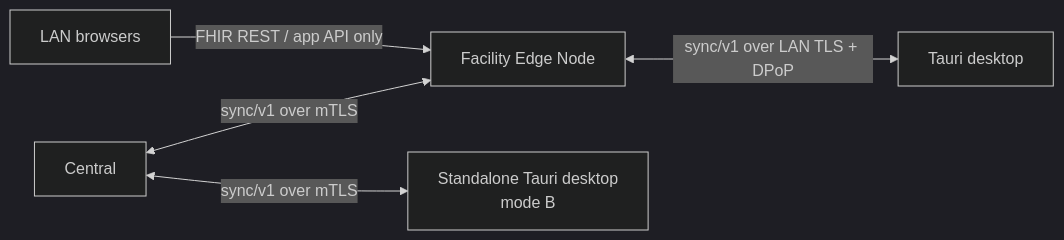
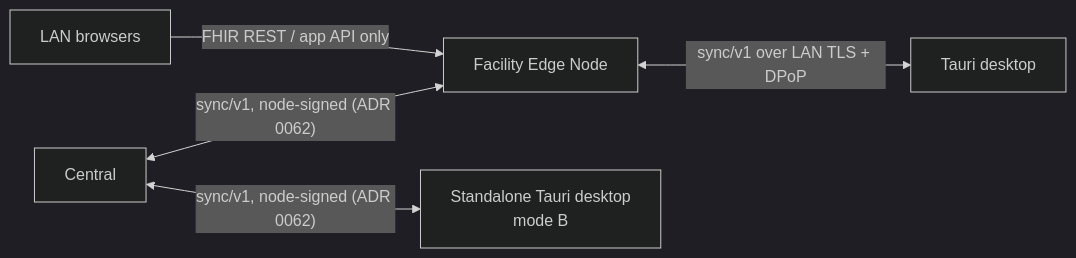
Before and after one commit to carapai/people-centered-healthcare: the first of 3 diagrams in docs/architecture/synchronization.md, drawn with Mermaid (dark theme). The commit also changed other lines of this file and 34 other files, not shown here.

First line of the commit message:
feat(sync): /sync/v1 at central and the edge's sync task, node-signed requests (ADR 0062, #81) (#366)

````diff
--- a/docs/architecture/synchronization.md
+++ b/docs/architecture/synchronization.md
@@ -11,7 +11,7 @@
 ```mermaid
 flowchart LR
-  C[Central] <-- "sync/v1 over mTLS" --> E[Facility Edge Node]
+  C[Central] <-- "sync/v1, node-signed (ADR 0062)" --> E[Facility Edge Node]
   E <-- "sync/v1 over LAN TLS + DPoP" --> D1[Tauri desktop]
-  C <-- "sync/v1 over mTLS" --> D2[Standalone Tauri desktop<br/>mode B]
+  C <-- "sync/v1, node-signed (ADR 0062)" --> D2[Standalone Tauri desktop<br/>mode B]
   B[LAN browsers] -- "FHIR REST / app API only" --> E
 ```
````
